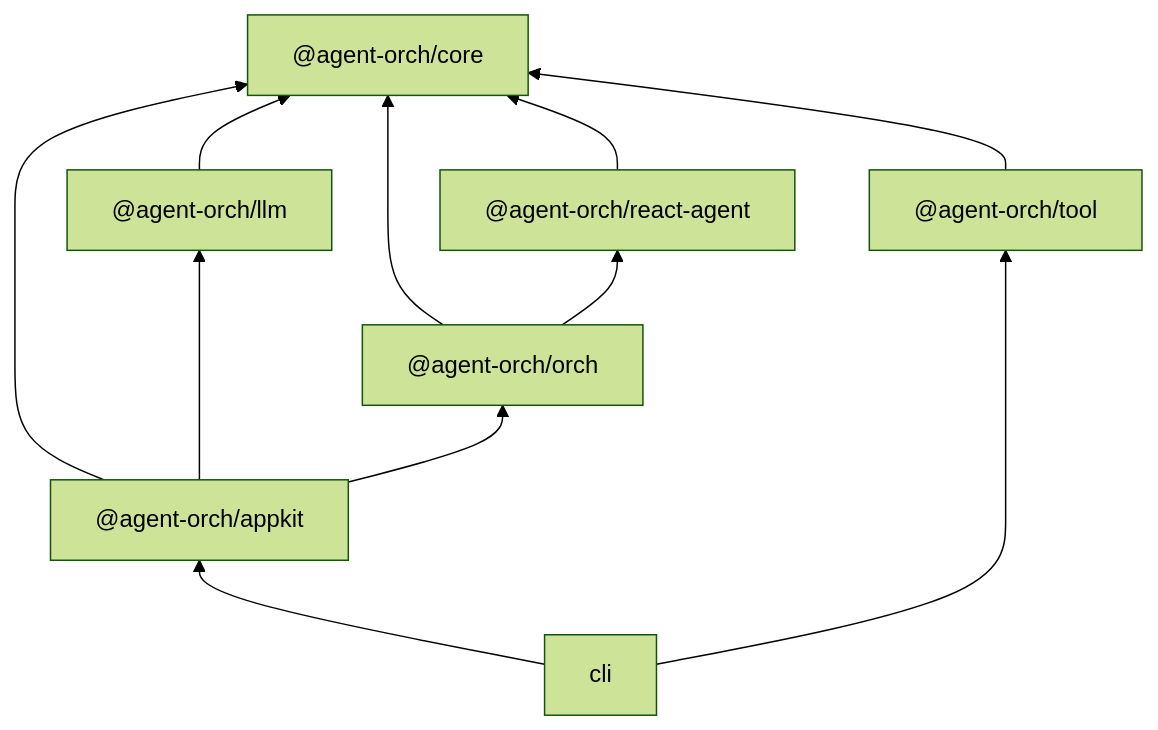
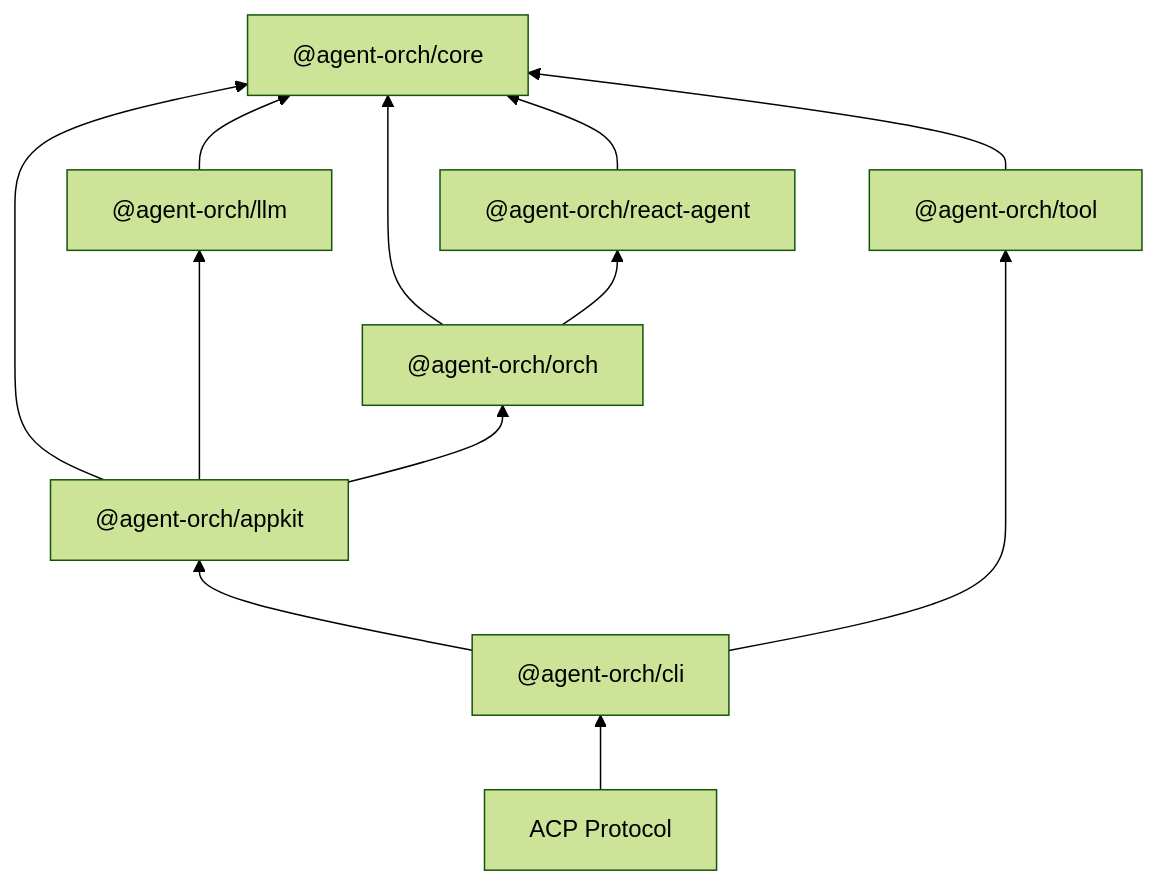
One commit to IanYu-Tree/agent-harness changed the diagram in README.md. Above: the diagram before and after it, drawn with Mermaid (forest theme). The commit also changed other lines of this file and 2 other files, not shown here.

First line of the commit message:
docs: Update README with ACP features and add changeset

````diff
--- a/README.md
+++ b/README.md
@@ -34,18 +108,20 @@
 ```mermaid
 graph BT
     core["@agent-orch/core"]
 
     llm["@agent-orch/llm"] --> core
     react-agent["@agent-orch/react-agent"] --> core
     tool["@agent-orch/tool"] --> core
 
     orch["@agent-orch/orch"] --> core
     orch --> react-agent
 
     appkit["@agent-orch/appkit"] --> core
     appkit --> llm
     appkit --> orch
 
-    cli["cli"] --> appkit
+    cli["@agent-orch/cli"] --> appkit
     cli --> tool
+
+    acp["ACP Protocol"] --> cli
 ```
````
